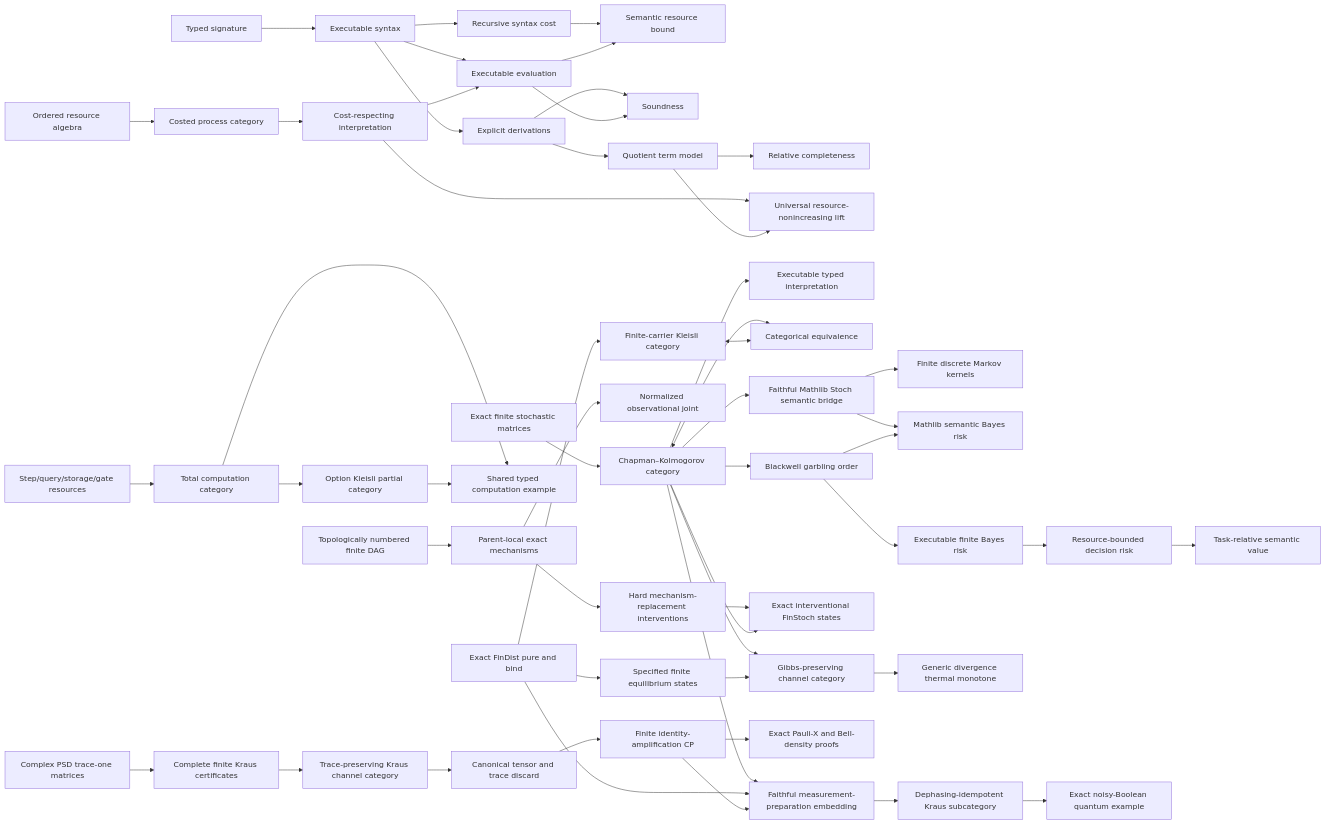
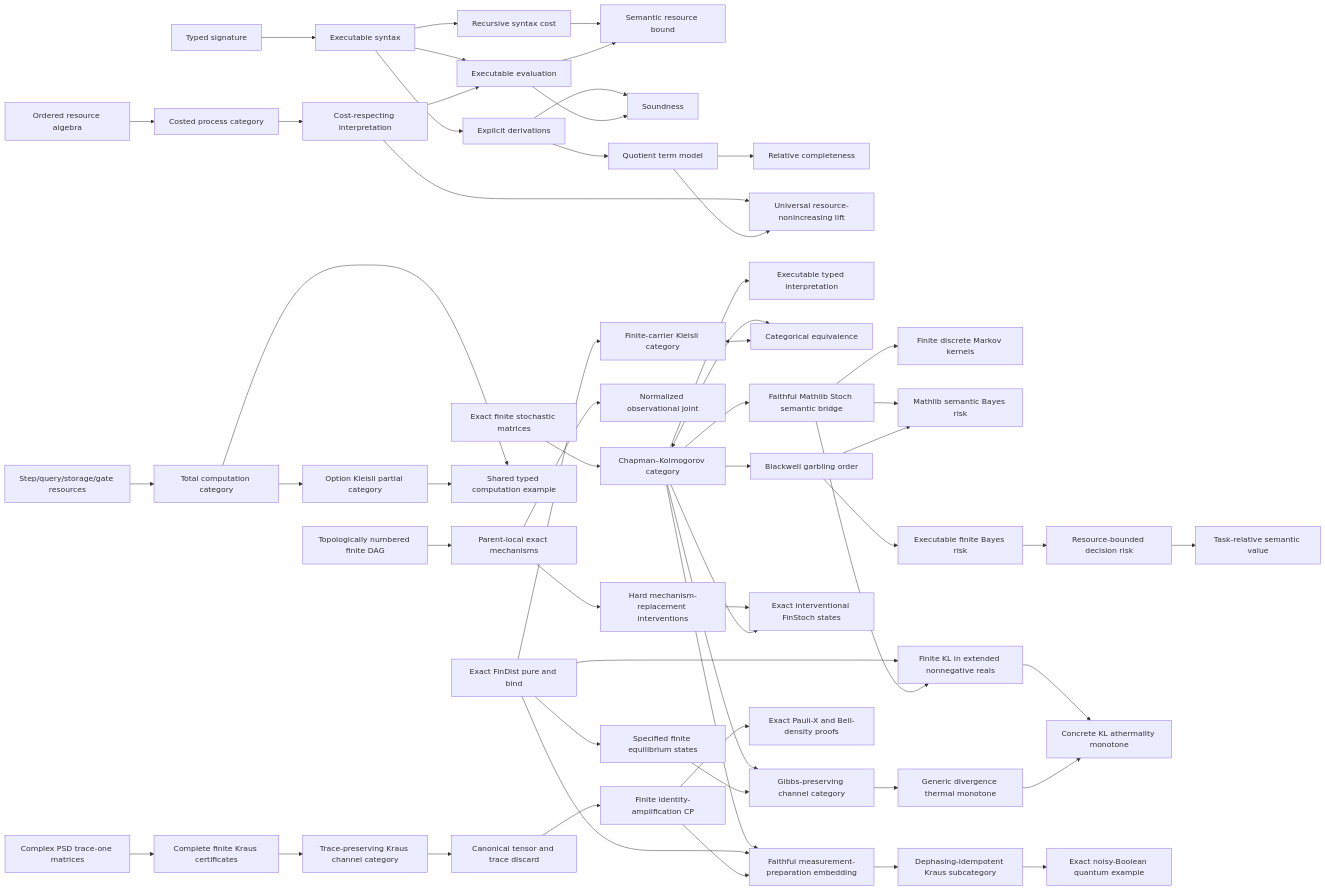
The diagram in README.md (miuchan/ript), drawn with Mermaid before and after one commit. The commit also changed other lines of this file and 10 other files, not shown here.

````diff
--- a/README.md
+++ b/README.md
@@ -950,54 +978,58 @@
 ```mermaid
 flowchart LR
   R["Ordered resource algebra"] --> C["Costed process category"]
   S["Typed signature"] --> X["Executable syntax"]
   X --> K["Recursive syntax cost"]
   C --> I["Cost-respecting interpretation"]
   X --> E["Executable evaluation"]
   I --> E
   K --> B["Semantic resource bound"]
   E --> B
   X --> D["Explicit derivations"]
   D --> SO["Soundness"]
   E --> SO
   D --> T["Quotient term model"]
   T --> CO["Relative completeness"]
   I --> U["Universal resource-nonincreasing lift"]
   T --> U
   F["Exact finite stochastic matrices"] --> CK["Chapman–Kolmogorov category"]
   CK --> EX["Executable typed interpretation"]
   FD["Exact FinDist pure and bind"] --> KL["Finite-carrier Kleisli category"]
   CK <--> EQ["Categorical equivalence"]
   KL <--> EQ
   CK --> ST["Faithful Mathlib Stoch semantic bridge"]
   ST --> MT["Finite discrete Markov kernels"]
   CK --> BW["Blackwell garbling order"]
   ST --> SB["Mathlib semantic Bayes risk"]
   BW --> FR["Executable finite Bayes risk"]
   FR --> RR["Resource-bounded decision risk"]
   RR --> SV["Task-relative semantic value"]
   BW --> SB
   CR["Step/query/storage/gate resources"] --> TC["Total computation category"]
   TC --> PC["Option Kleisli partial category"]
   TC --> CE["Shared typed computation example"]
   PC --> CE
   DAG["Topologically numbered finite DAG"] --> CM["Parent-local exact mechanisms"]
   CM --> IJ["Normalized observational joint"]
   CM --> DO["Hard mechanism-replacement interventions"]
   DO --> IS["Exact interventional FinStoch states"]
   CK --> IS
   FD --> TE["Specified finite equilibrium states"]
   CK --> GP["Gibbs-preserving channel category"]
   TE --> GP
   GP --> TM["Generic divergence thermal monotone"]
+  FD --> FKL["Finite KL in extended nonnegative reals"]
+  ST --> FKL
+  FKL --> KTM["Concrete KL athermality monotone"]
+  TM --> KTM
   QB["Complex PSD trace-one matrices"] --> QK["Complete finite Kraus certificates"]
   QK --> QC["Trace-preserving Kraus channel category"]
   QC --> QT["Canonical tensor and trace discard"]
   QT --> QP["Finite identity-amplification CP"]
   QP --> QX["Exact Pauli-X and Bell-density proofs"]
   CK --> CQ["Faithful measurement-preparation embedding"]
   FD --> CQ
   QP --> CQ
   CQ --> CD["Dephasing-idempotent Kraus subcategory"]
   CD --> CX["Exact noisy-Boolean quantum example"]
 ```
````
